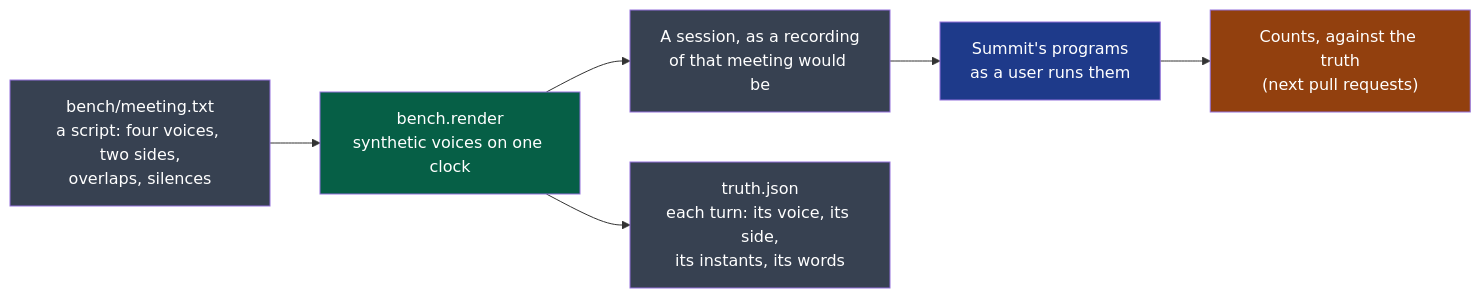
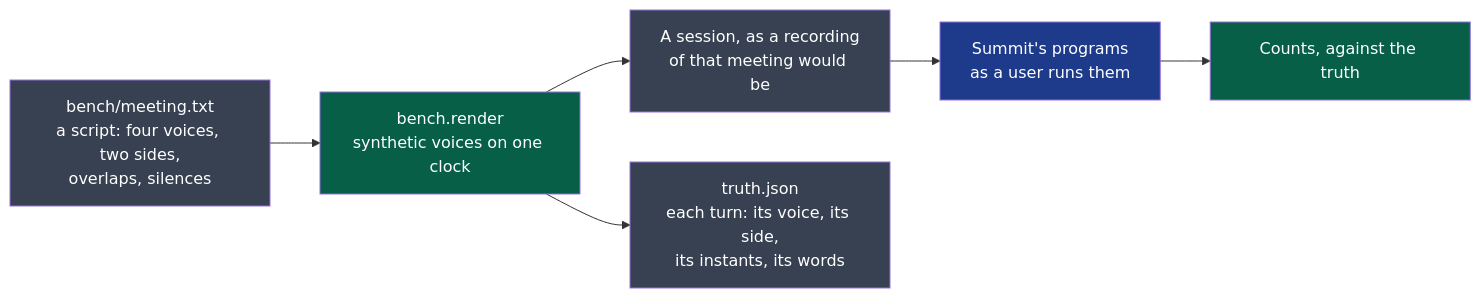
Before and after one commit to NapkinStack/wholeheard: the diagram in modules/platform/README.md, drawn with Mermaid. The commit also changed other lines of this file and 2 other files, not shown here.

Commit message:
platform: its pages say the counts are built, one size for the voices, and the module is active
The front page drew the counts as still to come: they are built. The
voices weigh about 330 MB, said so on both pages. The bench runs and
holds the cycle's line: active, not proposed.

Agent-Session: summit-pages-author

````diff
--- a/modules/platform/README.md
+++ b/modules/platform/README.md
@@ -9,13 +9,12 @@
 ```mermaid
 flowchart LR
     S["bench/meeting.txt<br/>a script: four voices, two sides,<br/>overlaps, silences"]:::file --> R["bench.render<br/>synthetic voices on one clock"]:::mod
     R --> A["A session, as a recording<br/>of that meeting would be"]:::file
     R --> T["truth.json<br/>each turn: its voice, its side,<br/>its instants, its words"]:::file
     A --> P["Summit's programs<br/>as a user runs them"]:::other
-    P --> C["Counts, against the truth<br/>(next pull requests)"]:::later
+    P --> C["Counts, against the truth"]:::mod
 
     classDef file fill:#374151,color:#fff
     classDef mod fill:#065f46,color:#fff
     classDef other fill:#1e3a8a,color:#fff
-    classDef later fill:#92400e,color:#fff
 ```
````
